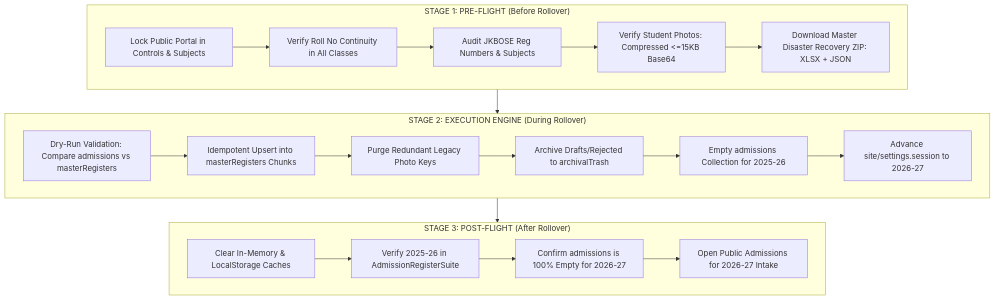
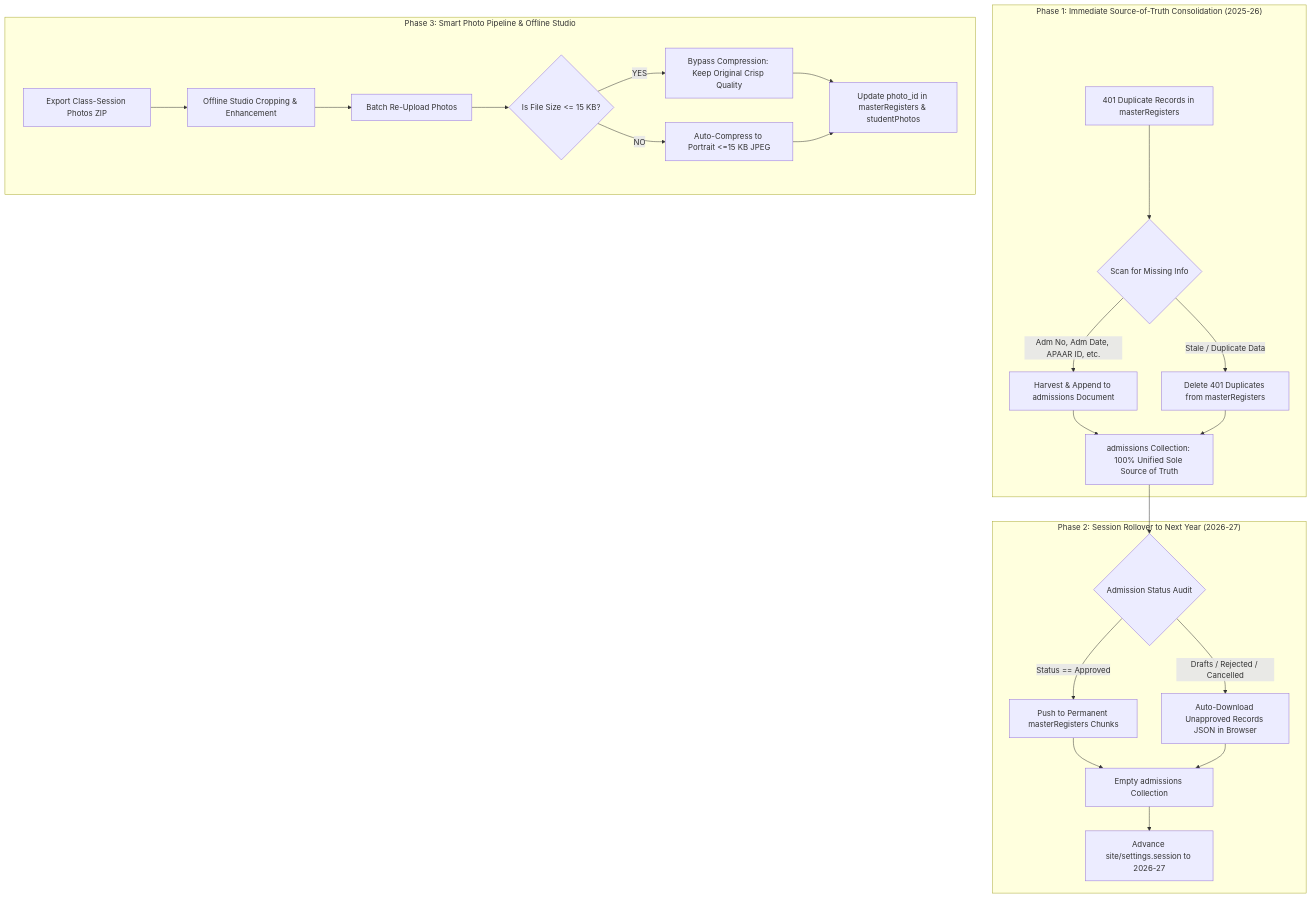
One commit to admexamhssshangus-dot/hss.shangus_website changed the first of 2 diagrams in docs/SESSION_ROLL_AND_PHOTO_PIPELINE_PLAN.md. Above: the diagram before and after it, drawn with Mermaid. The commit also changed other lines of this file, not shown here.

Commit message:
docs: revise session roll plan with single source, smart photo compression, and unapproved json export

````diff
--- a/docs/SESSION_ROLL_AND_PHOTO_PIPELINE_PLAN.md
+++ b/docs/SESSION_ROLL_AND_PHOTO_PIPELINE_PLAN.md
@@ -59,25 +13,29 @@
 ```mermaid
-flowchart TD
-    subgraph Stage1["STAGE 1: PRE-FLIGHT (Before Rollover)"]
-        A1[Lock Public Portal in Controls & Subjects] --> A2[Verify Roll No Continuity in All Classes]
-        A2 --> A3[Audit JKBOSE Reg Numbers & Subjects]
-        A3 --> A4[Verify Student Photos: Compressed <=15KB Base64]
-        A4 --> A5[Download Master Disaster Recovery ZIP: XLSX + JSON]
+graph TD
+    subgraph CurrentSessionClean["Phase 1: Immediate Source-of-Truth Consolidation (2025-26)"]
+        A[401 Duplicate Records in masterRegisters] --> B{Scan for Missing Info}
+        B -->|Adm No, Adm Date, APAAR ID, etc.| C[Harvest & Append to admissions Document]
+        B -->|Stale / Duplicate Data| D[Delete 401 Duplicates from masterRegisters]
+        C --> E[admissions Collection: 100% Unified Sole Source of Truth]
+        D --> E
     end
 
-    subgraph Stage2["STAGE 2: EXECUTION ENGINE (During Rollover)"]
-        B1[Dry-Run Validation: Compare admissions vs masterRegisters] --> B2[Idempotent Upsert into masterRegisters Chunks]
-        B2 --> B3[Purge Redundant Legacy Photo Keys]
-        B3 --> B4[Archive Drafts/Rejected to archivalTrash]
-        B4 --> B5[Empty admissions Collection for 2025-26]
-        B5 --> B6[Advance site/settings.session to 2026-27]
+    subgraph RolloverExecution["Phase 2: Session Rollover to Next Year (2026-27)"]
+        E --> F{Admission Status Audit}
+        F -->|Status == Approved| G[Push to Permanent masterRegisters Chunks]
+        F -->|Drafts / Rejected / Cancelled| H[Auto-Download Unapproved Records JSON in Browser]
+        G --> I[Empty admissions Collection]
+        H --> I
+        I --> J[Advance site/settings.session to 2026-27]
     end
 
-    subgraph Stage3["STAGE 3: POST-FLIGHT (After Rollover)"]
-        C1[Clear In-Memory & LocalStorage Caches] --> C2[Verify 2025-26 in AdmissionRegisterSuite]
-        C2 --> C3[Confirm admissions is 100% Empty for 2026-27]
-        C3 --> C4[Open Public Admissions for 2026-27 Intake]
+    subgraph PhotoPipeline["Phase 3: Smart Photo Pipeline & Offline Studio"]
+        K[Export Class-Session Photos ZIP] --> L[Offline Studio Cropping & Enhancement]
+        L --> M[Batch Re-Upload Photos]
+        M --> N{Is File Size <= 15 KB?}
+        N -->|YES| O[Bypass Compression: Keep Original Crisp Quality]
+        N -->|NO| P[Auto-Compress to Portrait <=15 KB JPEG]
+        O --> Q[Update photo_id in masterRegisters & studentPhotos]
+        P --> Q
     end
-
-    Stage1 --> Stage2 --> Stage3
 ```
````
